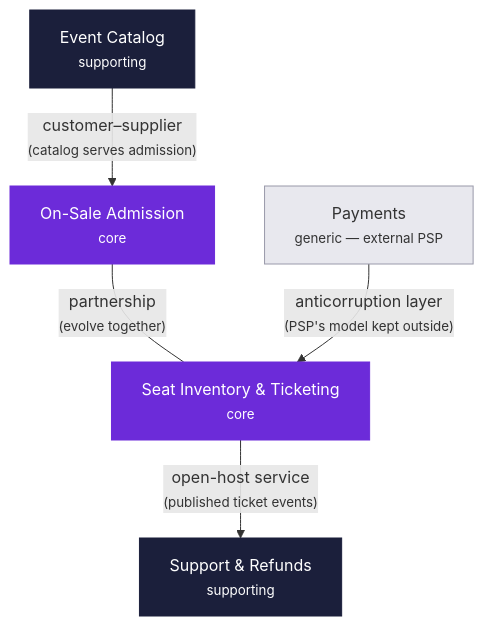
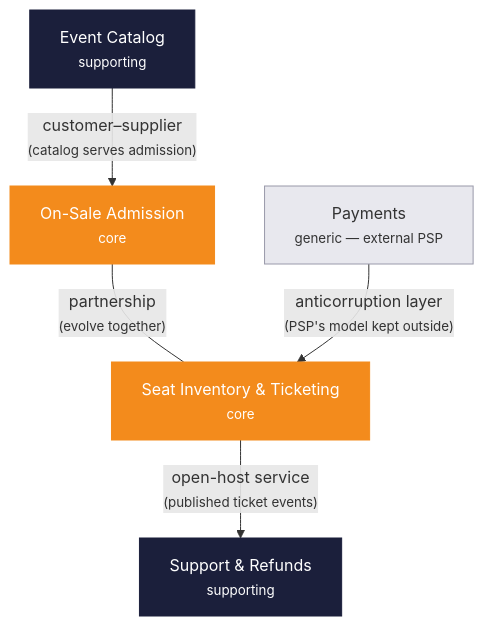
The eighth of 22 diagrams in README.md (oleksiyp/arch-book), drawn with Mermaid before and after one commit. The commit also changed other lines of this file and 6 other files, not shown here.

```diff
--- a/README.md
+++ b/README.md
@@ -593,18 +593,18 @@
 <pre class="mermaid">
 flowchart TB
     onsale["On-Sale Admission<br/><small>core</small>"]
     inv["Seat Inventory & Ticketing<br/><small>core</small>"]
     cat["Event Catalog<br/><small>supporting</small>"]
     sup["Support & Refunds<br/><small>supporting</small>"]
     pay["Payments<br/><small>generic — external PSP</small>"]
     onsale -- "partnership<br/><small>(evolve together)</small>" --- inv
     cat -- "customer–supplier<br/><small>(catalog serves admission)</small>" --> onsale
     inv -- "open-host service<br/><small>(published ticket events)</small>" --> sup
     pay -- "anticorruption layer<br/><small>(PSP's model kept outside)</small>" --> inv
-    classDef core fill:#6c2bd9,stroke:#6c2bd9,color:#fff
+    classDef core fill:#f38b1c,stroke:#f38b1c,color:#fff
     classDef supp fill:#1b1f3b,stroke:#1b1f3b,color:#fff
     classDef gen fill:#e8e8ee,stroke:#99a,color:#333
     class onsale,inv core
     class cat,sup supp
     class pay gen
 </pre>
```
